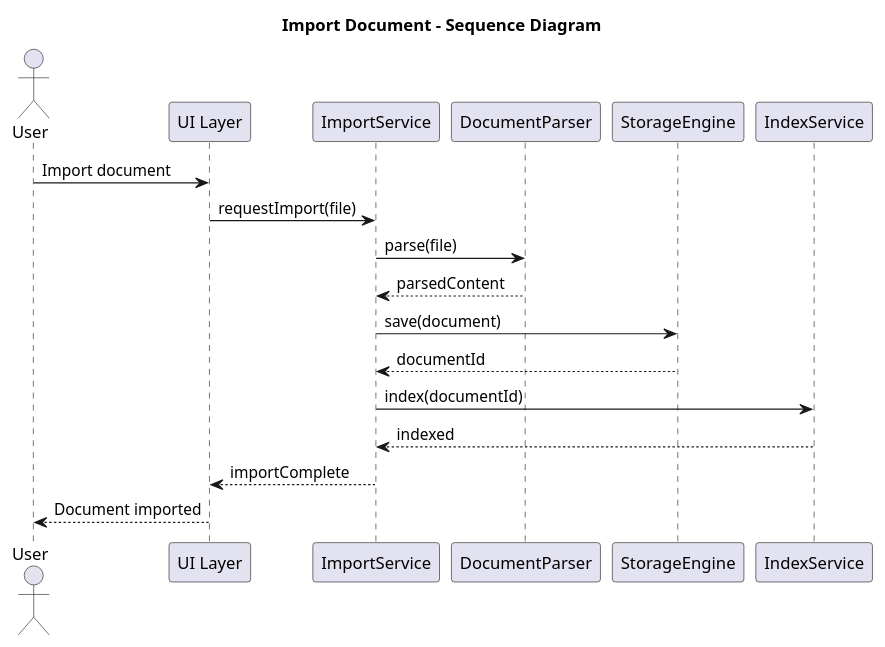
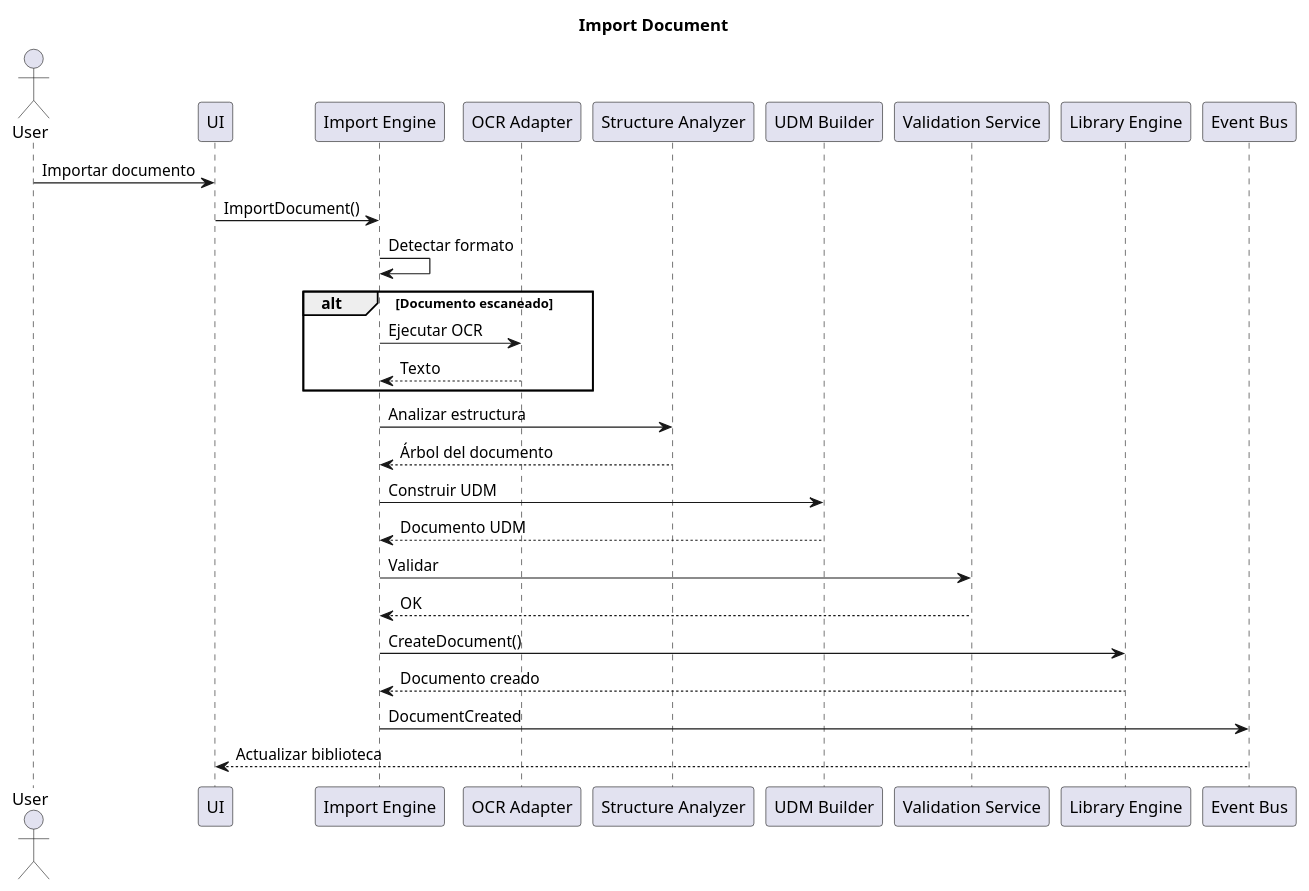
Before and after one commit to Sebailla/KnowledgeOS: the diagram in V-1/00-Architecture/UML/Sequence/ImportDocument.puml, drawn with PlantUML. The commit also changed 15 other files, not shown here.

Commit message:
feat(documentation): Update sequence diagrams and add detailed markdown descriptions for document operations

```diff
--- a/V-1/00-Architecture/UML/Sequence/ImportDocument.puml
+++ b/V-1/00-Architecture/UML/Sequence/ImportDocument.puml
@@ -1,22 +1,57 @@
 @startuml ImportDocument
-title Import Document - Sequence Diagram
+
+title Import Document
 
 actor User
-participant "UI Layer" as UI
-participant "ImportService" as Import
-participant "DocumentParser" as Parser
-participant "StorageEngine" as Storage
-participant "IndexService" as Index
 
-User -> UI : Import document
-UI -> Import : requestImport(file)
-Import -> Parser : parse(file)
-Parser --> Import : parsedContent
-Import -> Storage : save(document)
-Storage --> Import : documentId
-Import -> Index : index(documentId)
-Index --> Import : indexed
-Import --> UI : importComplete
-UI --> User : Document imported
+participant UI
+
+participant "Import Engine" as Import
+
+participant "OCR Adapter" as OCR
+
+participant "Structure Analyzer" as Structure
+
+participant "UDM Builder" as UDM
+
+participant "Validation Service" as Validation
+
+participant "Library Engine" as Library
+
+participant "Event Bus" as Events
+
+User -> UI : Importar documento
+
+UI -> Import : ImportDocument()
+
+Import -> Import : Detectar formato
+
+alt Documento escaneado
+
+Import -> OCR : Ejecutar OCR
+
+OCR --> Import : Texto
+
+end
+
+Import -> Structure : Analizar estructura
+
+Structure --> Import : Árbol del documento
+
+Import -> UDM : Construir UDM
+
+UDM --> Import : Documento UDM
+
+Import -> Validation : Validar
+
+Validation --> Import : OK
+
+Import -> Library : CreateDocument()
+
+Library --> Import : Documento creado
+
+Import -> Events : DocumentCreated
+
+Events --> UI : Actualizar biblioteca
 
 @enduml
```
